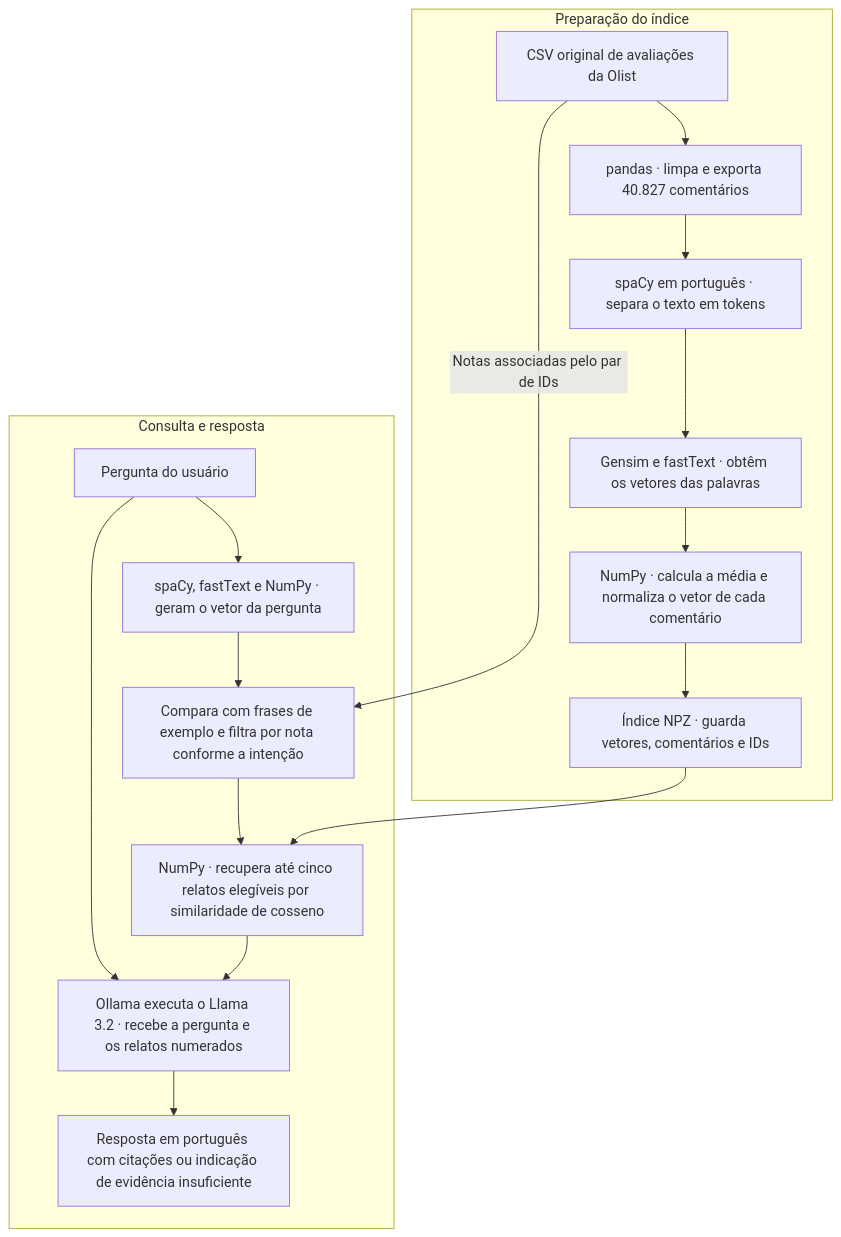
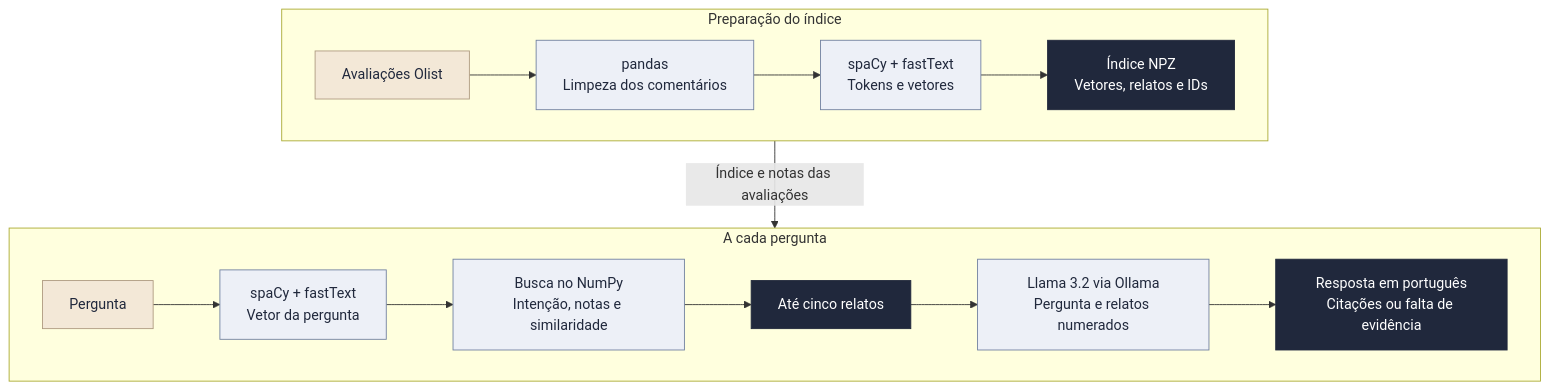
Before and after one commit to gabriel-duarte-martins/FIAP-AISCIENTIST-TECH-CHALLENGE-4: the diagram in README.md, drawn with Mermaid.

Commit message:
Melhora o diagrama do RAG no README

````diff
--- a/README.md
+++ b/README.md
@@ -50,21 +50,27 @@
 ```mermaid
 flowchart TB
-    subgraph P["Preparação do índice"]
-        A["CSV original de avaliações da Olist"] --> B["pandas · limpa e exporta 40.827 comentários"]
-        B --> C["spaCy em português · separa o texto em tokens"]
-        C --> D["Gensim e fastText · obtêm os vetores das palavras"]
-        D --> E["NumPy · calcula a média e normaliza o vetor de cada comentário"]
-        E --> F["Índice NPZ · guarda vetores, comentários e IDs"]
+    subgraph PREP["Preparação do índice"]
+        direction LR
+        A["Avaliações Olist"] --> B["pandas<br/>Limpeza dos comentários"]
+        B --> C["spaCy + fastText<br/>Tokens e vetores"]
+        C --> D["Índice NPZ<br/>Vetores, relatos e IDs"]
     end
 
-    subgraph Q["Consulta e resposta"]
-        G["Pergunta do usuário"] --> H["spaCy, fastText e NumPy · geram o vetor da pergunta"]
-        H --> I["Compara com frases de exemplo e filtra por nota conforme a intenção"]
-        A -->|Notas associadas pelo par de IDs| I
-        I --> J["NumPy · recupera até cinco relatos elegíveis por similaridade de cosseno"]
-        F --> J
-        G --> K["Ollama executa o Llama 3.2 · recebe a pergunta e os relatos numerados"]
-        J --> K
-        K --> L["Resposta em português com citações ou indicação de evidência insuficiente"]
+    subgraph QUERY["A cada pergunta"]
+        direction LR
+        E["Pergunta"] --> F["spaCy + fastText<br/>Vetor da pergunta"]
+        F --> G["Busca no NumPy<br/>Intenção, notas e similaridade"]
+        G --> H["Até cinco relatos"]
+        H --> I["Llama 3.2 via Ollama<br/>Pergunta e relatos numerados"]
+        I --> J["Resposta em português<br/>Citações ou falta de evidência"]
     end
+
+    PREP -->|Índice e notas das avaliações| QUERY
+
+    classDef entrada fill:#f3e8d7,stroke:#ae9a80,color:#20283c
+    classDef processo fill:#edf0f7,stroke:#7180a0,color:#20283c
+    classDef saida fill:#20283c,stroke:#20283c,color:#ffffff
+    class A,E entrada
+    class B,C,F,G,I processo
+    class D,H,J saida
 ```
````
